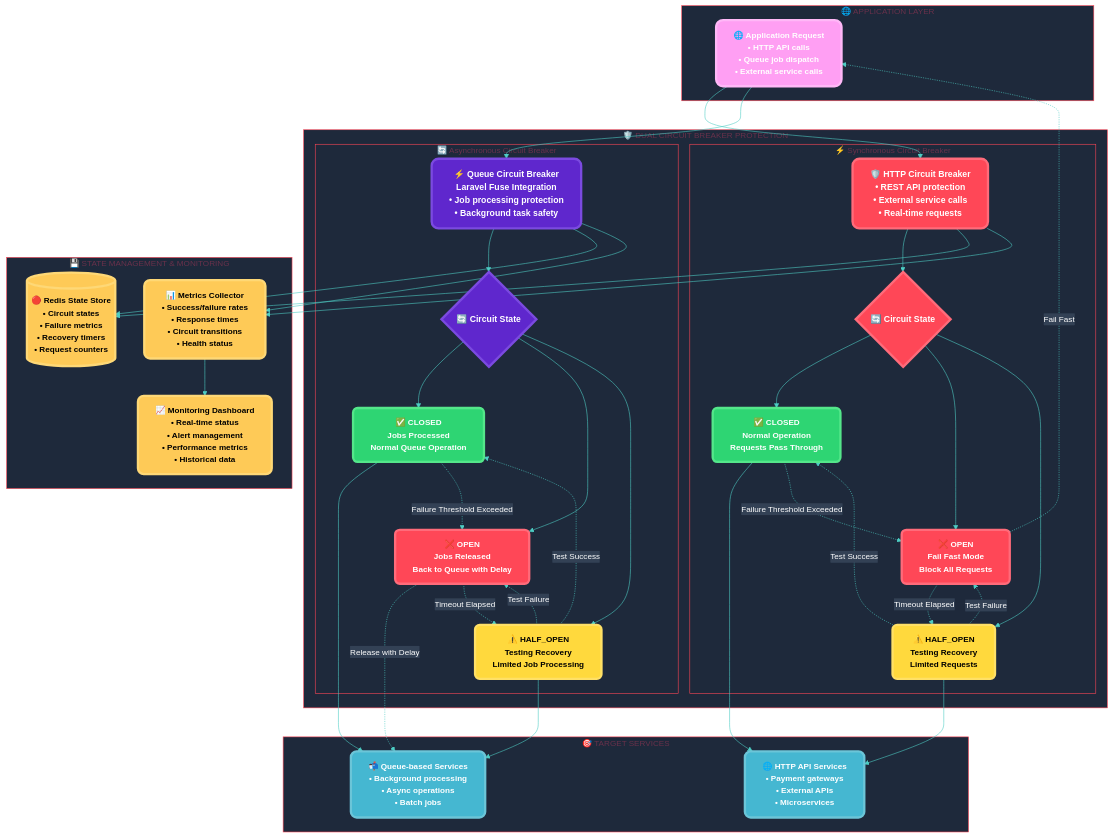
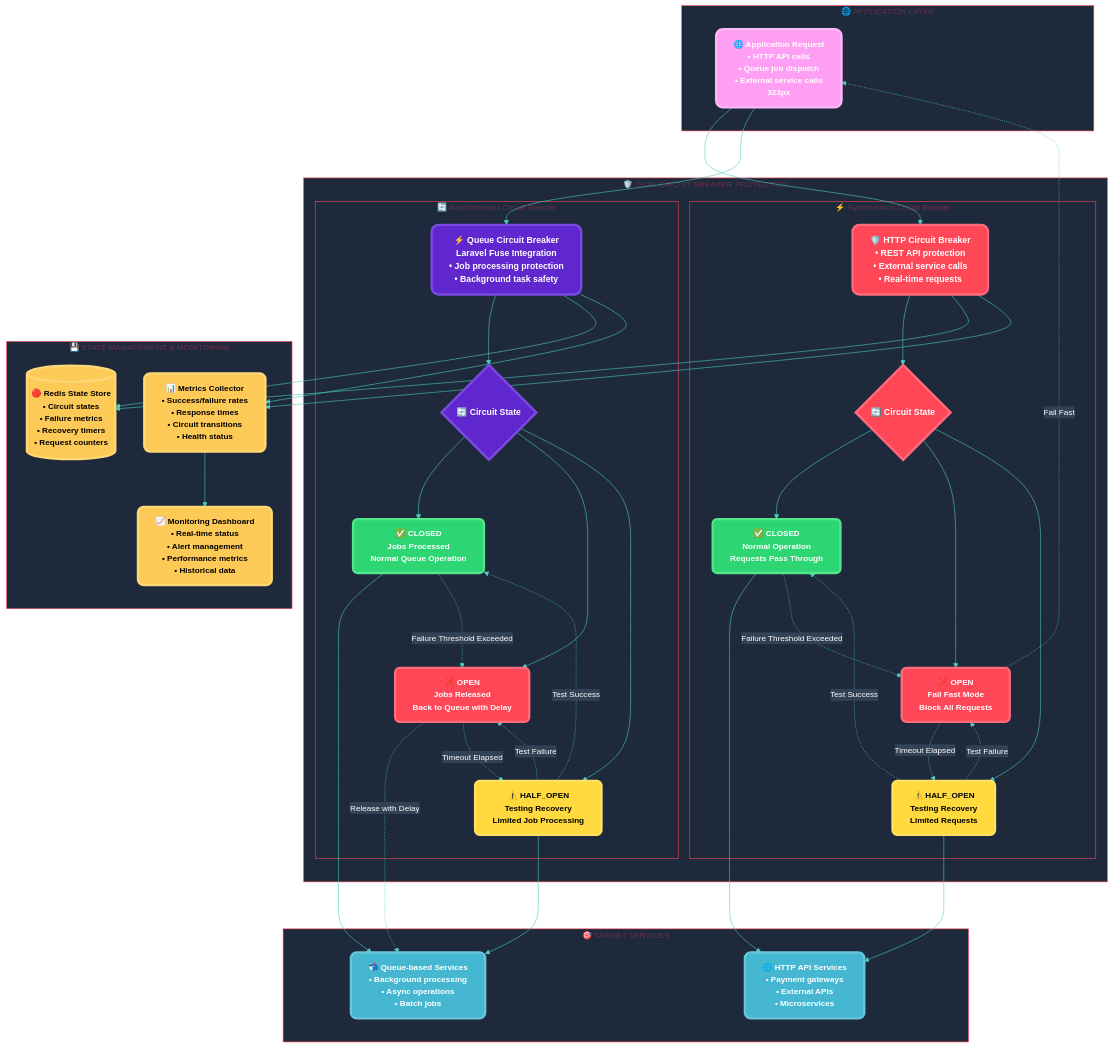
The first of 3 diagrams in diagrams/circuit-breaker-architecture.md (abdoElHodaky/larvrevrstender), drawn with Mermaid before and after one commit. The commit also changed other lines of this file and 5 other files, not shown here.

```diff
--- a/diagrams/circuit-breaker-architecture.md
+++ b/diagrams/circuit-breaker-architecture.md
@@ -29,12 +29,17 @@
     'fontFamily': 'Inter, Segoe UI, Roboto, sans-serif',
     'fontSize': '14px',
     'fontWeight': 'bold'
+  },
+  'flowchart': {
+    'rankSpacing': 81,
+    'nodeSpacing': 50,
+    'curve': 'basis'
   }
 }}%%
 
 graph TB
     subgraph "🌐 APPLICATION LAYER"
-        APP_REQUEST[🌐 Application Request<br/>• HTTP API calls<br/>• Queue job dispatch<br/>• External service calls]
+        APP_REQUEST["🌐 Application Request<br/>• HTTP API calls<br/>• Queue job dispatch<br/>• External service calls<br/>323px"]
     end
 
     subgraph "🛡️ DUAL CIRCUIT BREAKER PROTECTION"
```
